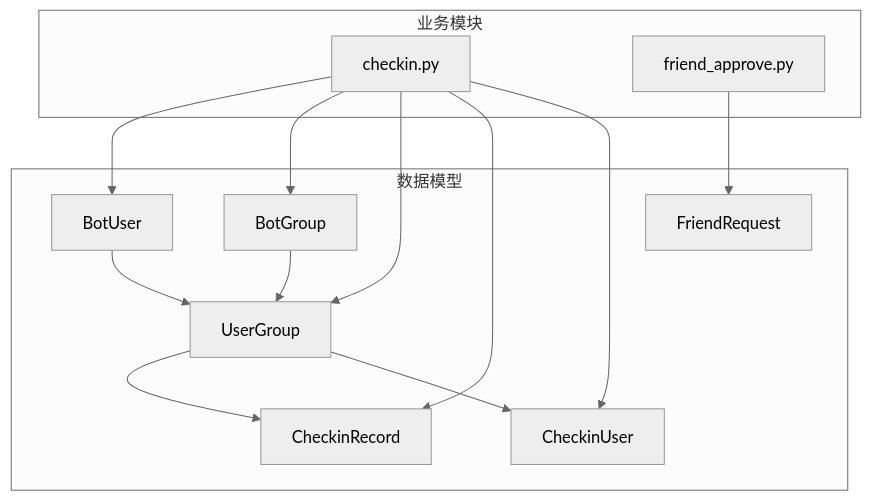
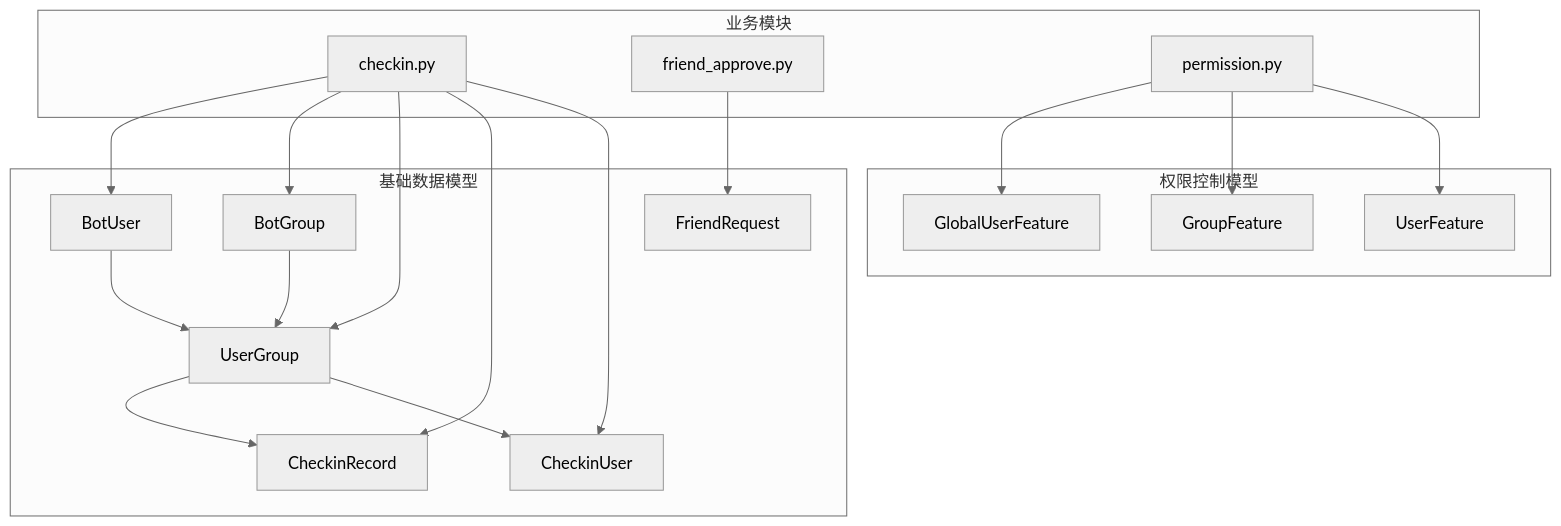
One commit to Wohaokunr/yawn_bot changed the first of 8 diagrams in .qoder/repowiki/zh/content/数据模型设计.md. Above: the diagram before and after it, drawn with Mermaid (neutral theme). The commit also changed other lines of this file and 10 other files, not shown here.

````diff
--- a/.qoder/repowiki/zh/content/数据模型设计.md
+++ b/.qoder/repowiki/zh/content/数据模型设计.md
@@ -40,25 +53,34 @@
 ```mermaid
 graph TB
-subgraph "数据模型"
+subgraph "基础数据模型"
 BU["BotUser"]
 BG["BotGroup"]
 UG["UserGroup"]
 CR["CheckinRecord"]
 CU["CheckinUser"]
 FR["FriendRequest"]
 end
+subgraph "权限控制模型"
+GUF["GlobalUserFeature"]
+GF["GroupFeature"]
+UF["UserFeature"]
+end
 subgraph "业务模块"
 CK["checkin.py"]
 FA["friend_approve.py"]
+PM["permission.py"]
 end
 BU --> UG
 BG --> UG
 UG --> CR
 UG --> CU
 CK --> BU
 CK --> BG
 CK --> UG
 CK --> CR
 CK --> CU
 FA --> FR
+PM --> GUF
+PM --> GF
+PM --> UF
 ```
````
